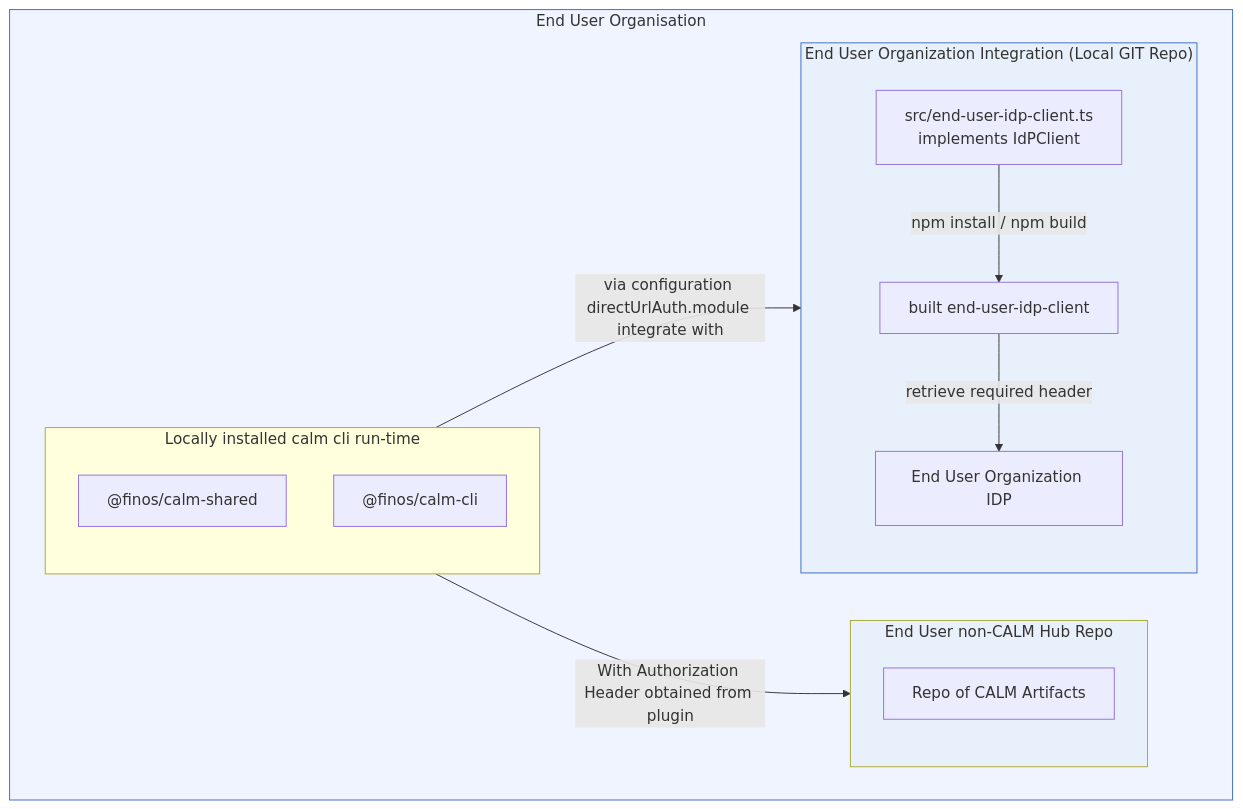
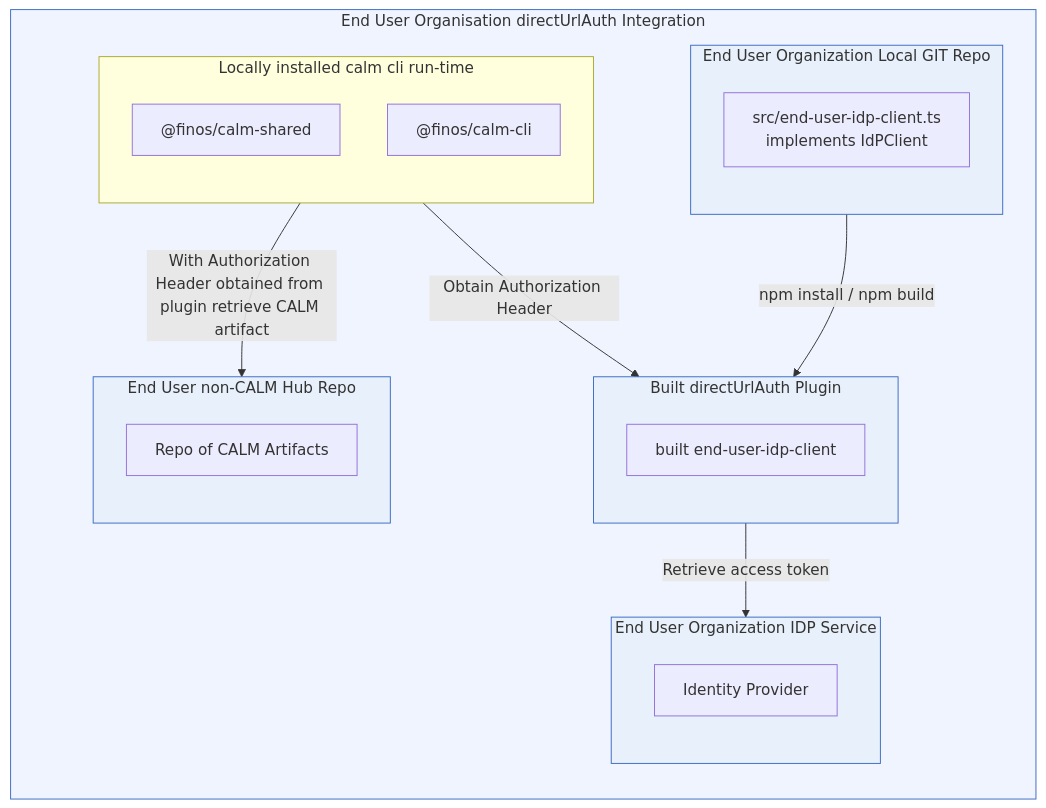
One commit to finos/architecture-as-code changed the first of 2 diagrams in docs/docs/working-with-calm/directurl-auth-plugin.md. Above: the diagram before and after it, drawn with Mermaid.

Commit message:
docs: enhance diagram for End User Organization integration in directUrlAuth documentation

````diff
--- a/docs/docs/working-with-calm/directurl-auth-plugin.md
+++ b/docs/docs/working-with-calm/directurl-auth-plugin.md
@@ -11,35 +11,45 @@
 ```mermaid
 graph TB
-    subgraph ORG["End User Organisation"]
+    subgraph ORG["End User Organisation directUrlAuth Integration"]
+        direction TB
 
         subgraph CALM_CLI["Locally installed calm cli run-time"]
           direction TB
           SHARED["@finos/calm-shared"]
           CLI["@finos/calm-cli"]
         end
 
         subgraph ORG_DIRECT_URL_REPO["End User non-CALM Hub Repo"]
             direction TB
             DIRECT_URL_REPO["Repo of CALM Artifacts"]
         end
 
-        subgraph INHOUSE["End User Organization Integration (Local GIT Repo)"]
+        subgraph INHOUSE_REPO["End User Organization Local GIT Repo"]
           direction TB
           ORG_SRC["src/end-user-idp-client.ts\nimplements IdPClient"]
-          ORG_AUTH["built end-user-idp-client"]
-          ORG_IDP["End User Organization IDP"]
         end
 
+        subgraph INHOUSE_DIST["Built directUrlAuth Plugin"]
+          direction TB
+          ORG_AUTH["built end-user-idp-client"]
+        end
+
+        subgraph END_USER_IDP_SERVICE["End User Organization IDP Service"]
+          direction TB
+          ORG_IDP["Identity Provider"]
+        end
 
         ORG_SRC -- "npm install / npm build" --> ORG_AUTH
-        CALM_CLI -- "via configuration directUrlAuth.module integrate with" --> INHOUSE
-        ORG_AUTH -- "retrieve required header" --> ORG_IDP
-        CALM_CLI -- "With Authorization Header obtained from plugin" --> ORG_DIRECT_URL_REPO
+        CALM_CLI -- "Obtain Authorization Header" --> INHOUSE_DIST
+        ORG_AUTH -- "Retrieve access token" --> END_USER_IDP_SERVICE
+        CALM_CLI -- "With Authorization Header obtained from plugin retrieve CALM artifact" --> ORG_DIRECT_URL_REPO
     end
 
 
-    style INHOUSE fill:#e8f0fb,stroke:#3a6bc4
+    style INHOUSE_DIST fill:#e8f0fb,stroke:#3a6bc4
+    style END_USER_IDP_SERVICE fill:#e8f0fb,stroke:#3a6bc4
     style ORG fill:#f0f4ff,stroke:#3a6bc4
-    style ORG_DIRECT_URL_REPO fill:#e8f0fb:stroke:#3a6bc4
+    style ORG_DIRECT_URL_REPO fill:#e8f0fb,stroke:#3a6bc4
+    style INHOUSE_REPO fill:#e8f0fb,stroke:#3a6bc4
 
 ```
````
